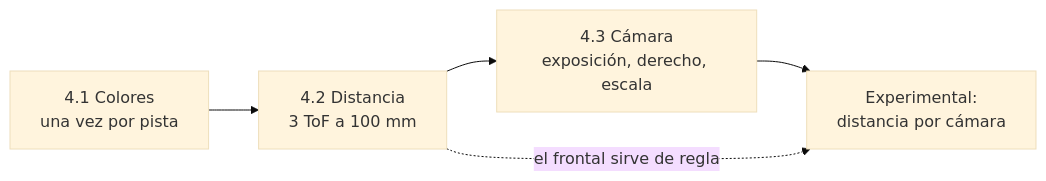
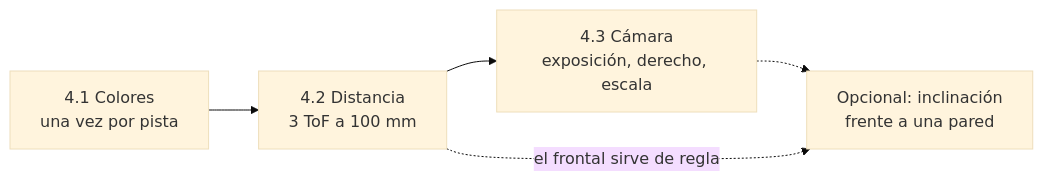
One commit to Happenedspice17/sumo-v-ia changed the second of 3 diagrams in docs/manual_uso.md. Above: the diagram before and after it, drawn with Mermaid (base theme). The commit also changed other lines of this file, not shown here.

````diff
--- a/docs/manual_uso.md
+++ b/docs/manual_uso.md
@@ -124,7 +135,7 @@
 ```mermaid
 flowchart LR
   A[4.1 Colores<br/>una vez por pista] --> B[4.2 Distancia<br/>3 ToF a 100 mm]
   B --> C[4.3 Cámara<br/>exposición, derecho, escala]
-  C --> D[Experimental:<br/>distancia por cámara]
+  C -.-> D[Opcional: inclinación<br/>frente a una pared]
   B -. el frontal sirve de regla .-> D
 ```
````
